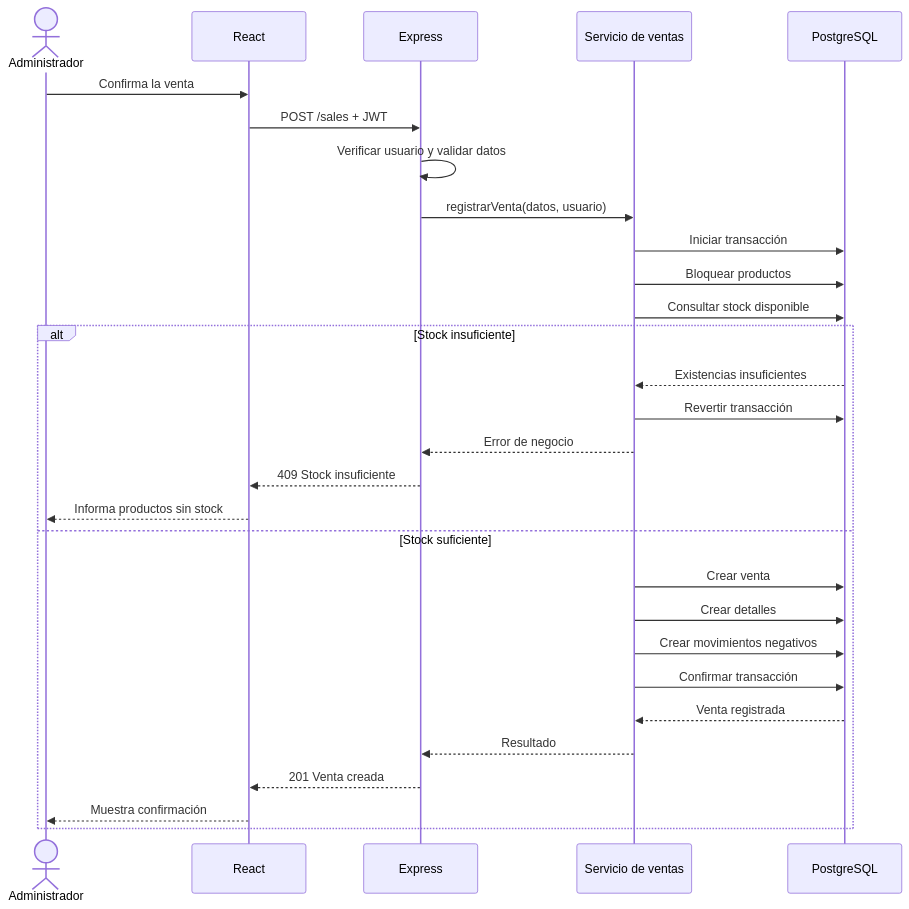
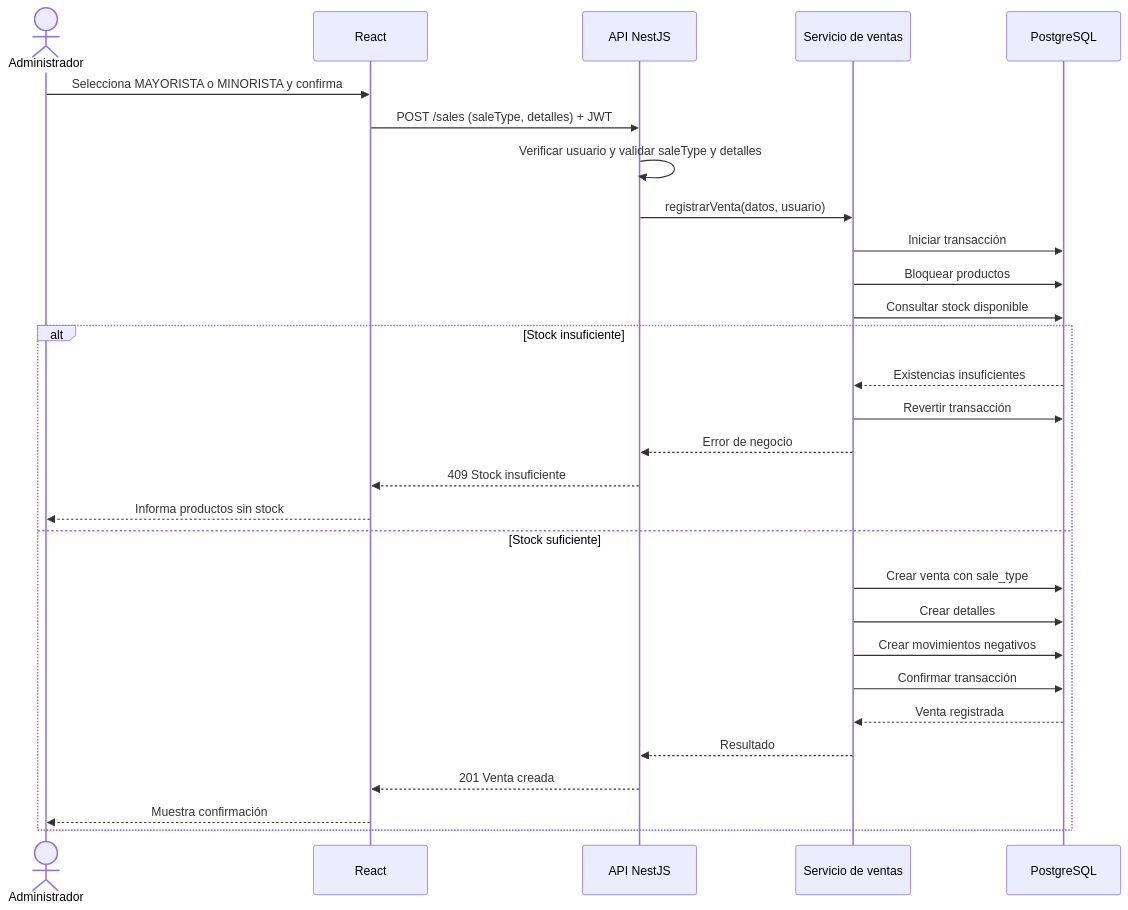
The diagram in 3_Documentos e Informes/diagrama-de-secuencia.md (dibaxu/Trabajo-Final-UTN), drawn with Mermaid before and after one commit. The commit also changed 7 other files, not shown here.

Commit message:
cambios en los diagramas agregar tipo minorista/mayorista

````diff
--- a/3_Documentos e Informes/diagrama-de-secuencia.md
+++ b/3_Documentos e Informes/diagrama-de-secuencia.md
@@ -5,34 +5,34 @@
 ```mermaid
 sequenceDiagram
     actor A as Administrador
     participant R as React
-    participant E as Express
+    participant E as API NestJS
     participant S as Servicio de ventas
     participant DB as PostgreSQL
 
-    A->>R: Confirma la venta
-    R->>E: POST /sales + JWT
-    E->>E: Verificar usuario y validar datos
+    A->>R: Selecciona MAYORISTA o MINORISTA y confirma
+    R->>E: POST /sales (saleType, detalles) + JWT
+    E->>E: Verificar usuario y validar saleType y detalles
     E->>S: registrarVenta(datos, usuario)
 
     S->>DB: Iniciar transacción
     S->>DB: Bloquear productos
     S->>DB: Consultar stock disponible
 
     alt Stock insuficiente
         DB-->>S: Existencias insuficientes
         S->>DB: Revertir transacción
         S-->>E: Error de negocio
         E-->>R: 409 Stock insuficiente
         R-->>A: Informa productos sin stock
     else Stock suficiente
-        S->>DB: Crear venta
+        S->>DB: Crear venta con sale_type
         S->>DB: Crear detalles
         S->>DB: Crear movimientos negativos
         S->>DB: Confirmar transacción
         DB-->>S: Venta registrada
         S-->>E: Resultado
         E-->>R: 201 Venta creada
         R-->>A: Muestra confirmación
     end
 ```
````
